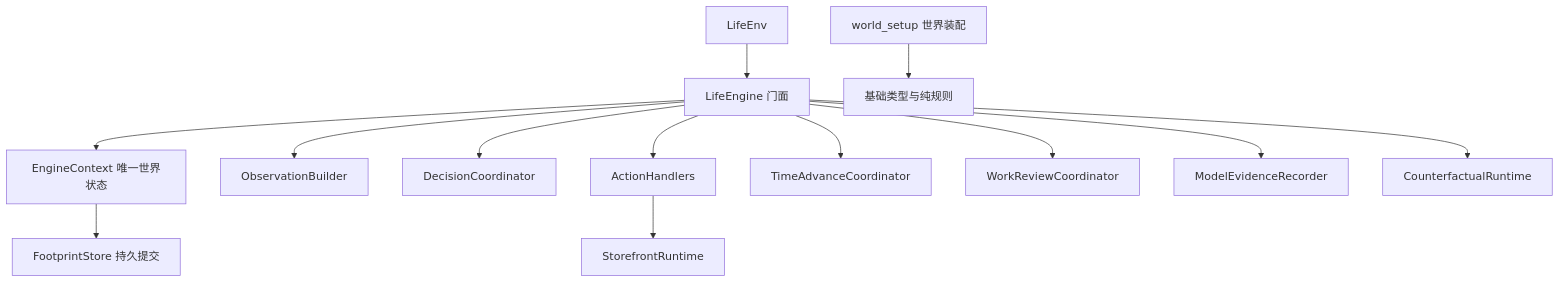
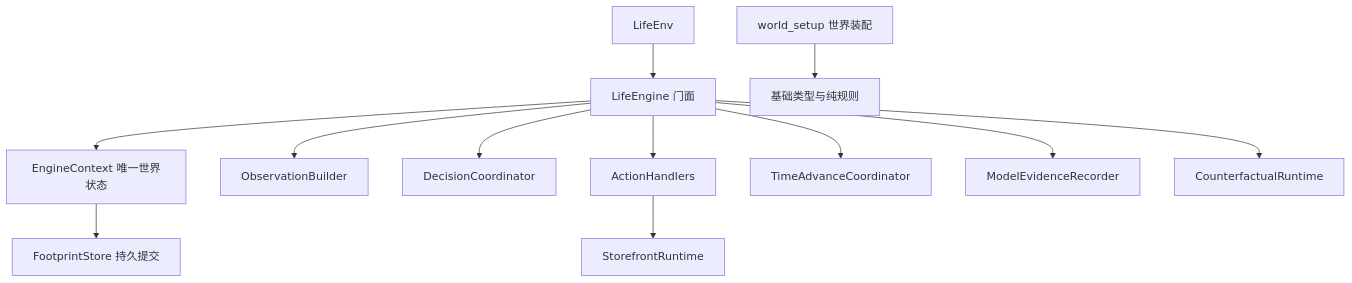
Before and after one commit to HoldThatThgt/WorldMock: the fourth of 4 diagrams in docs/ARCHITECTURE.md, drawn with Mermaid. The commit also changed other lines of this file and 21 other files, not shown here.

````diff
--- a/docs/ARCHITECTURE.md
+++ b/docs/ARCHITECTURE.md
@@ -242,15 +241,14 @@
 ```mermaid
 flowchart TD
     ENV[LifeEnv] --> ENGINE[LifeEngine 门面]
     ENGINE --> CONTEXT[EngineContext 唯一世界状态]
     ENGINE --> OBS[ObservationBuilder]
     ENGINE --> DEC[DecisionCoordinator]
     ENGINE --> ACTION[ActionHandlers]
     ENGINE --> TIME[TimeAdvanceCoordinator]
-    ENGINE --> WORK[WorkReviewCoordinator]
     ENGINE --> EVIDENCE[ModelEvidenceRecorder]
     ENGINE --> COUNTER[CounterfactualRuntime]
     ACTION --> STORE[StorefrontRuntime]
     ASSEMBLY[world_setup 世界装配] --> TYPES[基础类型与纯规则]
     CONTEXT --> RECORD[FootprintStore 持久提交]
 ```
````
